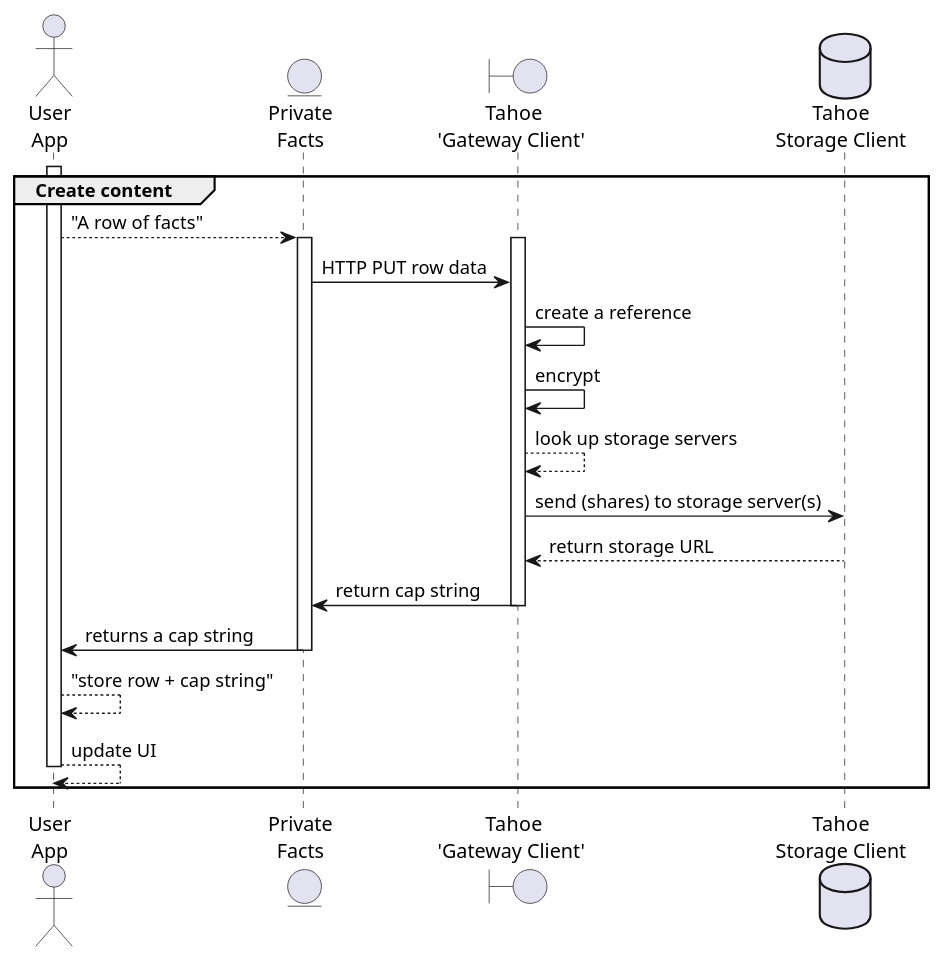
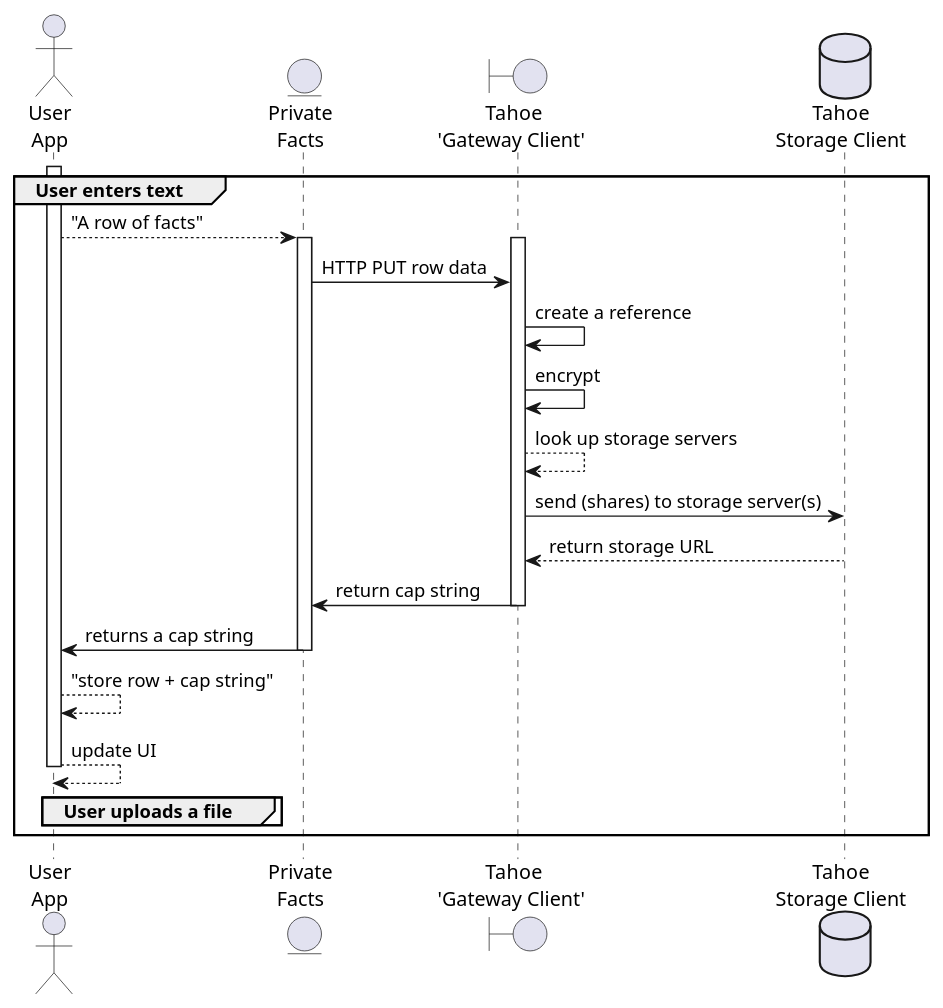
Before and after one commit to private-facts/private-facts: the diagram in docs/source/diagrams/create.puml, drawn with PlantUML. The commit also changed 1 other file, not shown here.

Commit message:
Update diagram for CREATE and UPDATE
The goal is to illustrate the REST transactions.
TODO: copy over to the FastAPI repo.

```diff
--- a/docs/source/diagrams/create.puml
+++ b/docs/source/diagrams/create.puml
@@ -1,27 +1,30 @@
 @startuml
 
 actor "User\nApp" as user
 entity "Private\nFacts" as pf
 Boundary "Tahoe\n'Gateway Client' " as tahoe
 database "Tahoe\nStorage Client" as disk
 
-group Create content
+group User enters text
 activate user
     user --> pf : "A row of facts"
     activate pf
         activate tahoe
         pf -> tahoe : HTTP PUT row data
         tahoe -> tahoe : create a reference
         tahoe -> tahoe : encrypt
         tahoe --> tahoe : look up storage servers
         tahoe ->  disk : send (shares) to storage server(s)
-tahoe <-- disk : return storage URL
+        tahoe <-- disk : return storage URL
         tahoe -> pf : return cap string
         deactivate tahoe
     pf -> user : returns a cap string
     deactivate pf
     user --> user : "store row + cap string"
 user --> user : update UI
 deactivate user
+
+group User uploads a file
+end
 end
 @enduml
```
